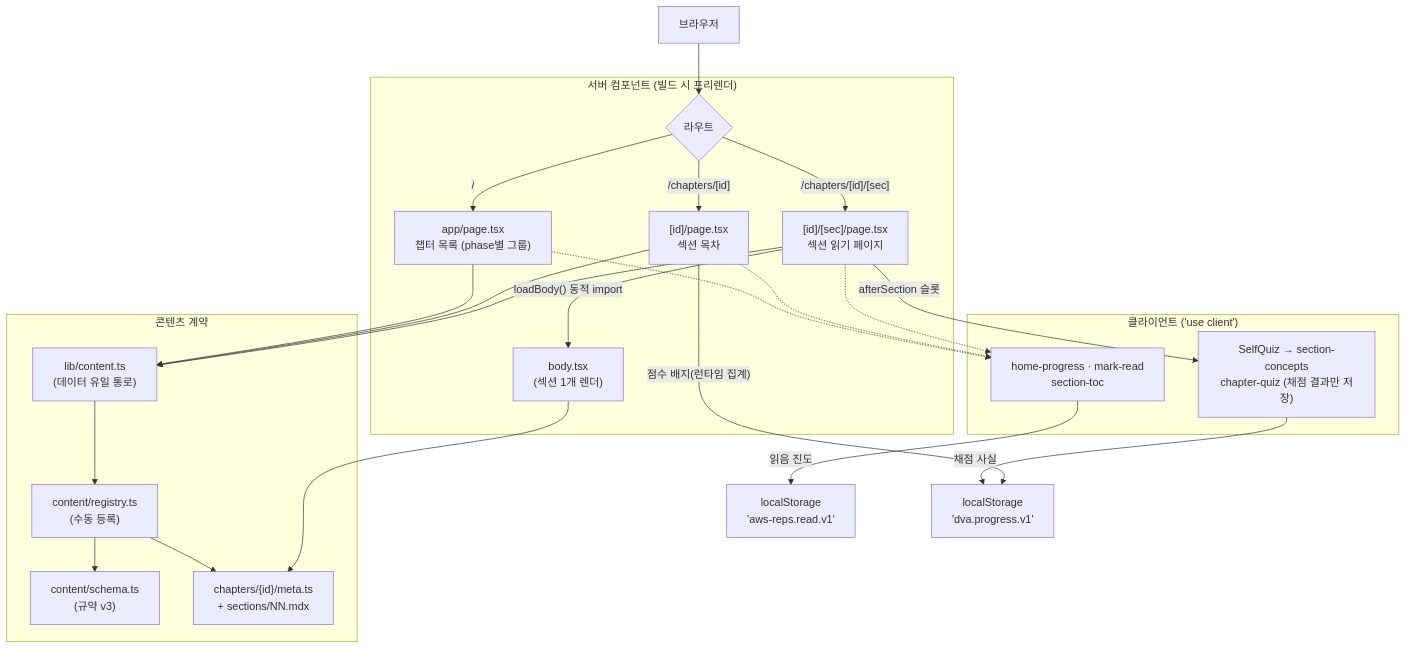
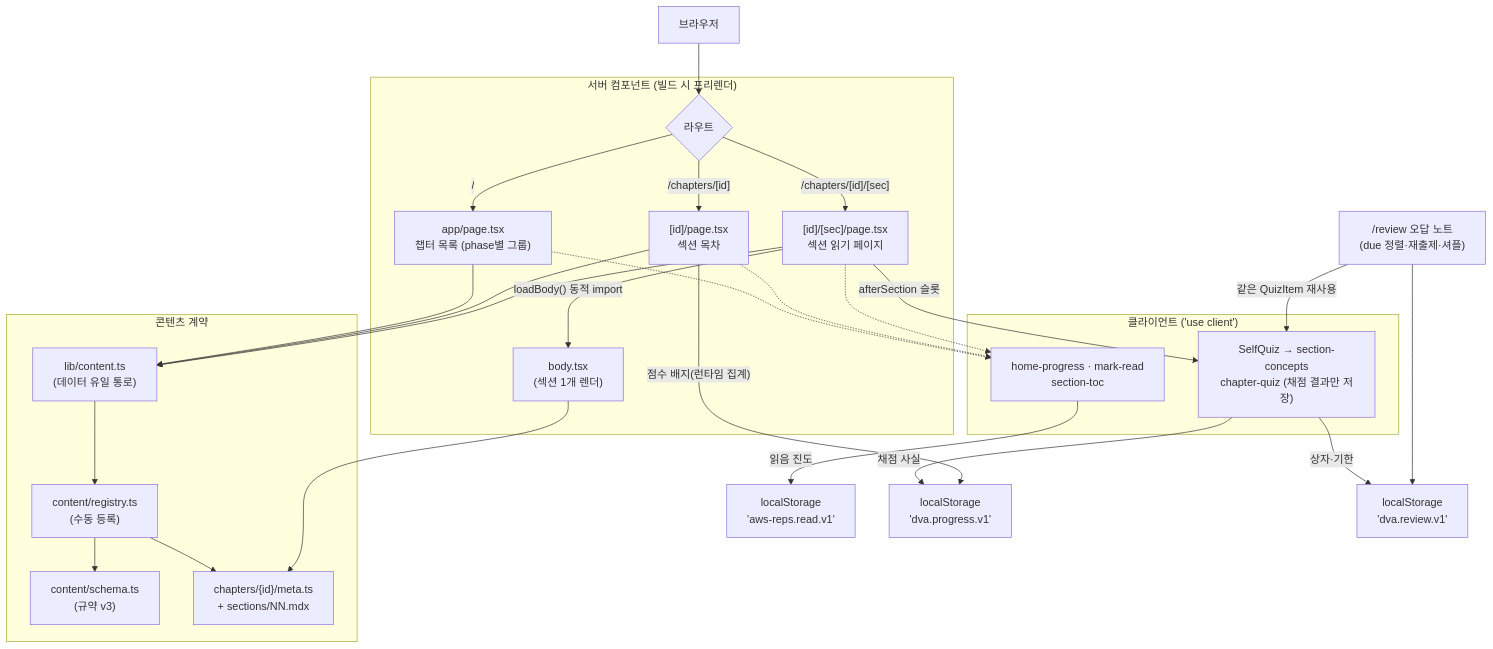
Before and after one commit to padahkim/aws-reps: the second of 4 diagrams in docs/ARCHITECTURE.md, drawn with Mermaid. The commit also changed other lines of this file and 12 other files, not shown here.

````diff
--- a/docs/ARCHITECTURE.md
+++ b/docs/ARCHITECTURE.md
@@ -86,36 +86,39 @@
 ```mermaid
 flowchart TD
   browser["브라우저"] --> route
 
   subgraph server["서버 컴포넌트 (빌드 시 프리렌더)"]
     route{"라우트"}
     route -->|"/"| home["app/page.tsx<br/>챕터 목록 (phase별 그룹)"]
     route -->|"/chapters/[id]"| toc["[id]/page.tsx<br/>섹션 목차"]
     route -->|"/chapters/[id]/[sec]"| sec["[id]/[sec]/page.tsx<br/>섹션 읽기 페이지"]
     sec -->|"loadBody() 동적 import"| body["body.tsx<br/>(섹션 1개 렌더)"]
   end
 
   subgraph content["콘텐츠 계약"]
     lib["lib/content.ts<br/>(데이터 유일 통로)"] --> registry["content/registry.ts<br/>(수동 등록)"]
     registry --> schema["content/schema.ts<br/>(규약 v3)"]
     registry --> meta["chapters/{id}/meta.ts<br/>+ sections/NN.mdx"]
   end
 
   home --> lib
   toc --> lib
   sec --> lib
   body --> meta
 
   subgraph client["클라이언트 ('use client')"]
     prog["home-progress · mark-read<br/>section-toc"]
     learn["SelfQuiz → section-concepts<br/>chapter-quiz (채점 결과만 저장)"]
   end
 
   home -.-> prog
   toc -.-> prog
   sec -.-> prog
   sec -->|"afterSection 슬롯"| learn
   prog -->|"읽음 진도"| ls["localStorage<br/>'aws-reps.read.v1'"]
   learn -->|"채점 사실"| ps["localStorage<br/>'dva.progress.v1'"]
+  learn -->|"상자·기한"| rs["localStorage<br/>'dva.review.v1'"]
   toc -->|"점수 배지(런타임 집계)"| ps
+  review["/review 오답 노트<br/>(due 정렬·재출제·셔플)"] --> rs
+  review -->|"같은 QuizItem 재사용"| learn
 ```
````
